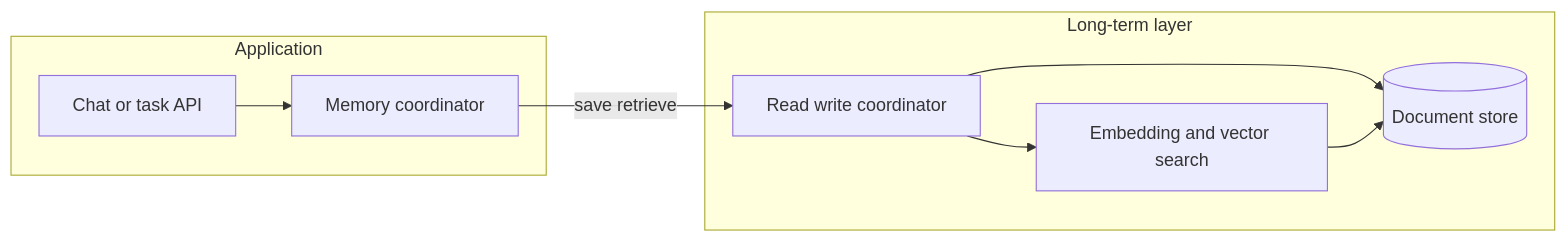
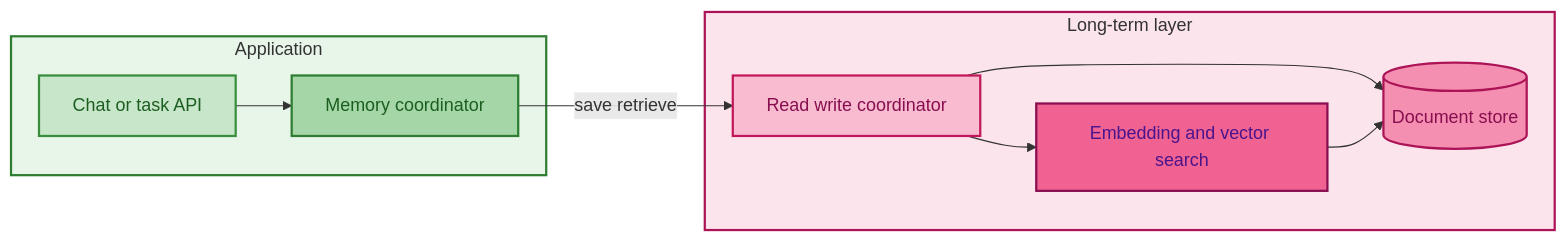
Before and after one commit to srirama4n/adk_long_term: the eighth of 10 diagrams in docs/doc.md, drawn with Mermaid. The commit also changed other lines of this file, not shown here.

````diff
--- a/docs/doc.md
+++ b/docs/doc.md
@@ -271,19 +332,27 @@
 ```mermaid
 flowchart LR
     subgraph App["Application"]
         API2[Chat or task API]
         MW2[Memory coordinator]
     end
 
     subgraph LT["Long-term layer"]
         Logic[Read write coordinator]
         Docs[(Document store)]
         Vec[Embedding and vector search]
     end
 
     API2 --> MW2
     MW2 -->|save retrieve| Logic
     Logic --> Docs
     Logic --> Vec
     Vec --> Docs
+
+    style App fill:#E8F5E9,stroke:#2E7D32,stroke-width:2px
+    style LT fill:#FCE4EC,stroke:#AD1457,stroke-width:2px
+    style API2 fill:#C8E6C9,stroke:#388E3C,stroke-width:2px,color:#1B5E20
+    style MW2 fill:#A5D6A7,stroke:#2E7D32,stroke-width:2px,color:#1B5E20
+    style Logic fill:#F8BBD0,stroke:#C2185B,stroke-width:2px,color:#880E4F
+    style Docs fill:#F48FB1,stroke:#AD1457,stroke-width:2px,color:#880E4F
+    style Vec fill:#F06292,stroke:#880E4F,stroke-width:2px,color:#4A148C
 ```
````
